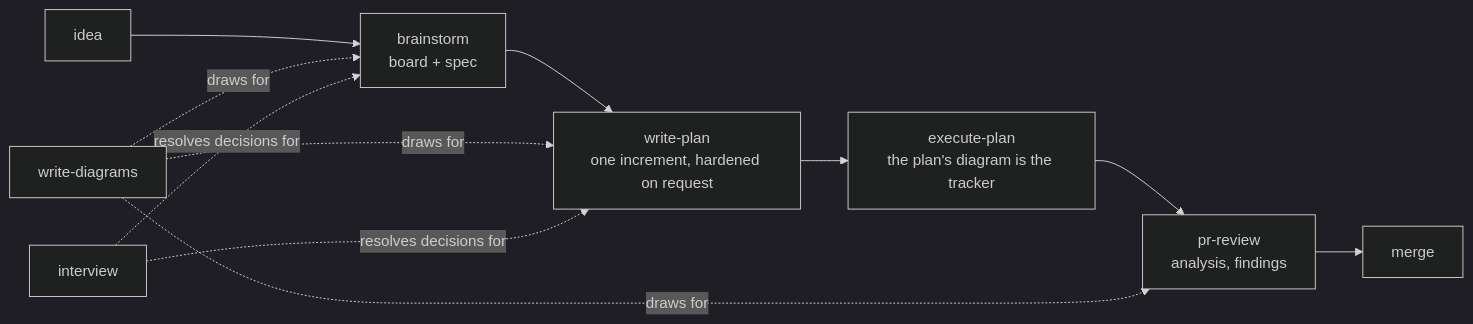
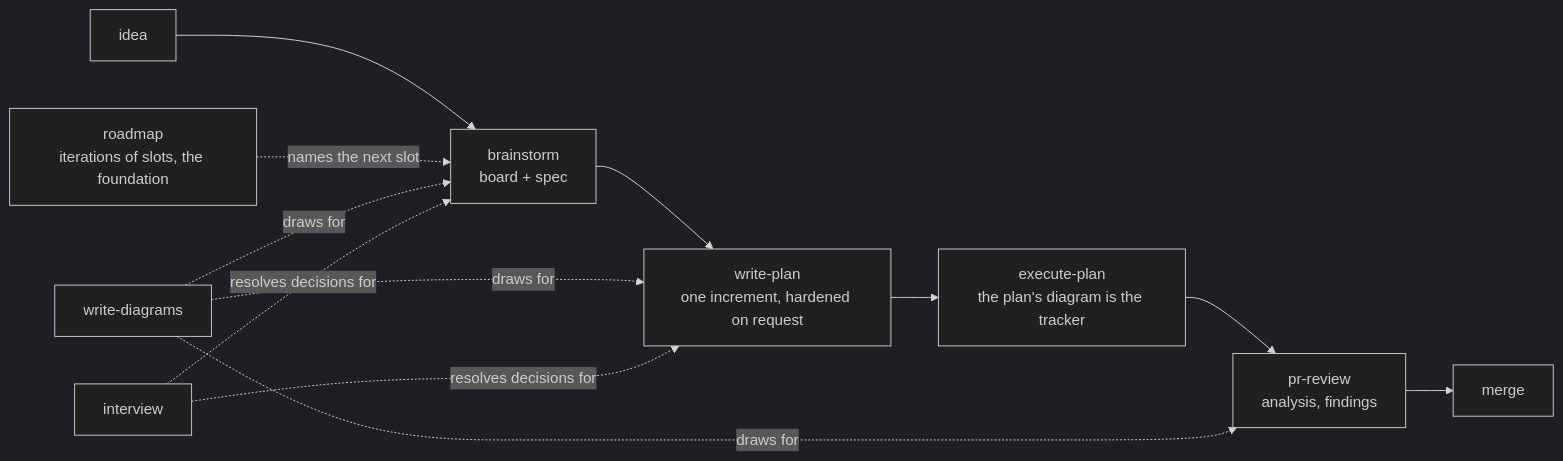
Before and after one commit to Ovich/charrette: the diagram in README.md, drawn with Mermaid (dark theme). The commit also changed other lines of this file and 7 other files, not shown here.

First line of the commit message:
roadmap: the project above the pieces of work, iterations of deliverable slots, the foundation reference

````diff
--- a/README.md
+++ b/README.md
@@ -16,10 +16,11 @@
 ```mermaid
 flowchart LR
   I["idea"] --> B["brainstorm<br/>board + spec"]
+  RM["roadmap<br/>iterations of slots, the foundation"] -.->|names the next slot| B
   B --> P["write-plan<br/>one increment, hardened on request"]
   P --> E["execute-plan<br/>the plan's diagram is the tracker"]
   E --> R["pr-review<br/>analysis, findings"]
   R --> M["merge"]
   D["write-diagrams"] -.->|draws for| B & P & R
   Q["interview"] -.->|resolves decisions for| B & P
 ```
````
